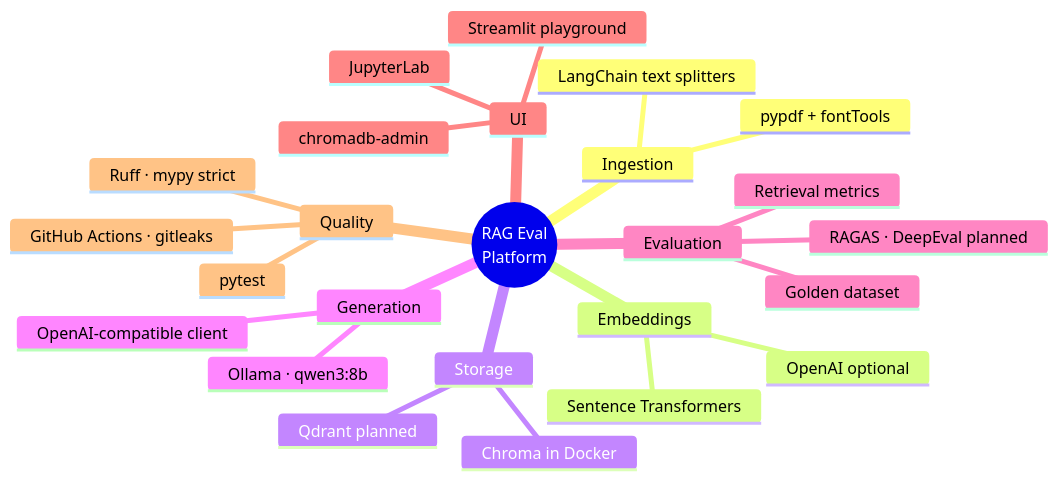
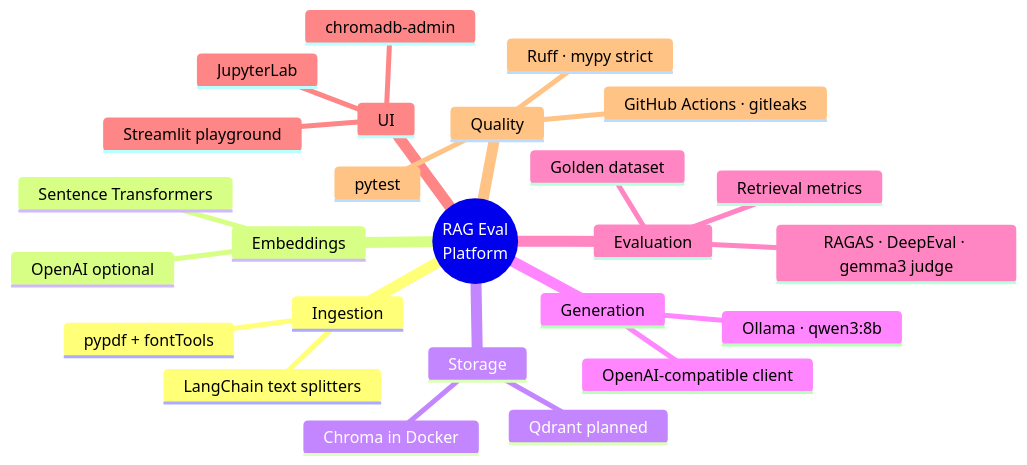
One commit to mjunedalam/rag-eval-platform changed the seventh of 13 diagrams in readme.md. Above: the diagram before and after it, drawn with Mermaid. The commit also changed other lines of this file and 23 other files, not shown here.

````diff
--- a/readme.md
+++ b/readme.md
@@ -253,28 +253,28 @@
 ```mermaid
 mindmap
   root((RAG Eval<br/>Platform))
     Ingestion
       pypdf + fontTools
       LangChain text splitters
     Embeddings
       Sentence Transformers
       OpenAI optional
     Storage
       Chroma in Docker
       Qdrant planned
     Generation
       Ollama · qwen3:8b
       OpenAI-compatible client
     Evaluation
       Golden dataset
       Retrieval metrics
-      RAGAS · DeepEval planned
+      RAGAS · DeepEval · gemma3 judge
     UI
       Streamlit playground
       JupyterLab
       chromadb-admin
     Quality
       pytest
       Ruff · mypy strict
       GitHub Actions · gitleaks
 ```
````
